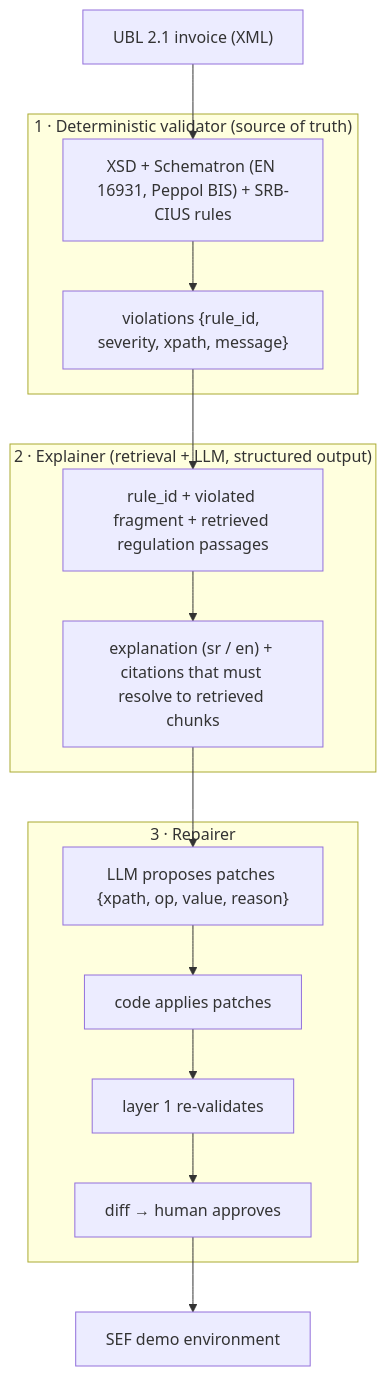
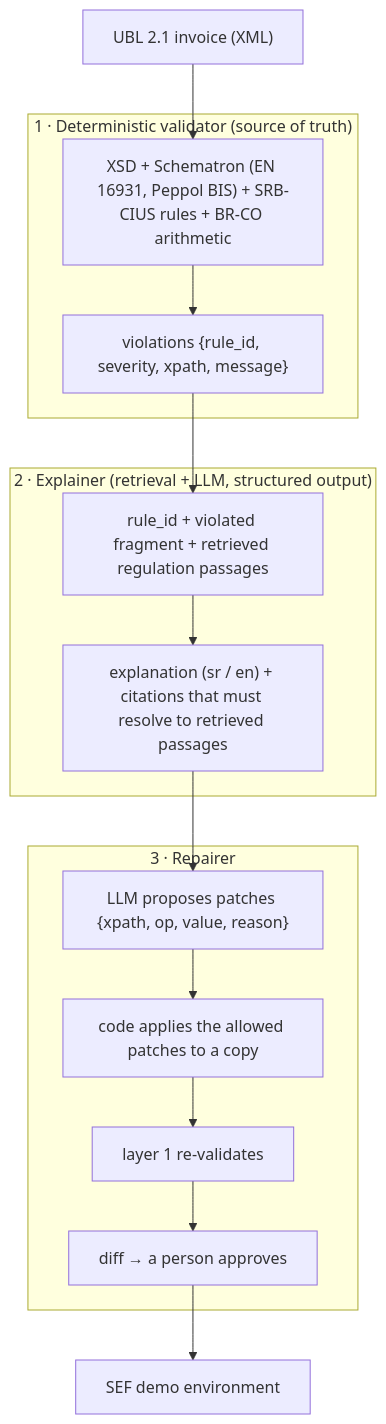
The first of 2 diagrams in README.md (spasojewagner/sef-kopilot), drawn with Mermaid before and after one commit. The commit also changed other lines of this file, not shown here.

````diff
--- a/README.md
+++ b/README.md
@@ -55,27 +61,27 @@
 ```mermaid
 flowchart TD
     XML["UBL 2.1 invoice (XML)"] --> V
 
     subgraph L1["1 · Deterministic validator (source of truth)"]
-        V["XSD + Schematron (EN 16931, Peppol BIS) + SRB-CIUS rules"]
+        V["XSD + Schematron (EN 16931, Peppol BIS) + SRB-CIUS rules + BR-CO arithmetic"]
         V --> VIOL["violations {rule_id, severity, xpath, message}"]
     end
 
     VIOL --> E
 
     subgraph L2["2 · Explainer (retrieval + LLM, structured output)"]
         E["rule_id + violated fragment + retrieved regulation passages"]
-        E --> EXPL["explanation (sr / en) + citations that must resolve to retrieved chunks"]
+        E --> EXPL["explanation (sr / en) + citations that must resolve to retrieved passages"]
     end
 
     EXPL --> R
 
     subgraph L3["3 · Repairer"]
         R["LLM proposes patches {xpath, op, value, reason}"]
-        R --> APPLY["code applies patches"]
+        R --> APPLY["code applies the allowed patches to a copy"]
         APPLY --> REVAL["layer 1 re-validates"]
-        REVAL --> DIFF["diff → human approves"]
+        REVAL --> DIFF["diff → a person approves"]
     end
 
     DIFF --> SEF["SEF demo environment"]
 ```
````
